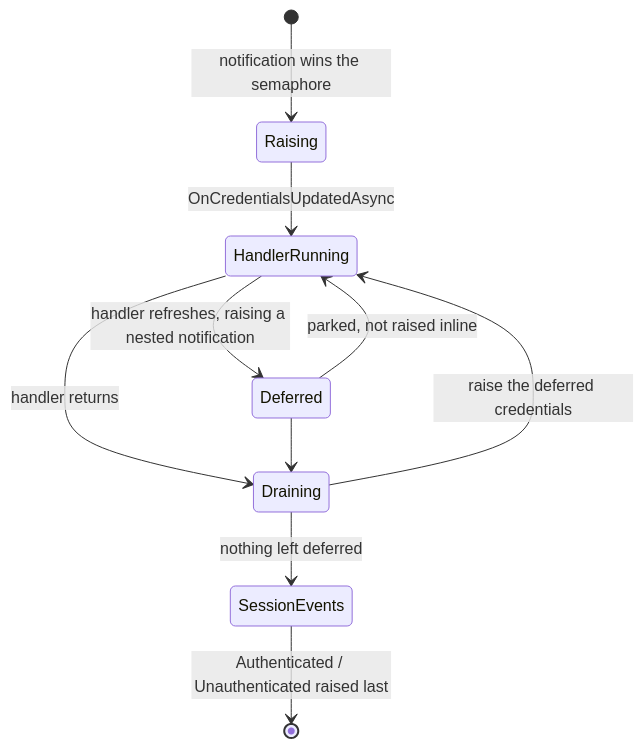
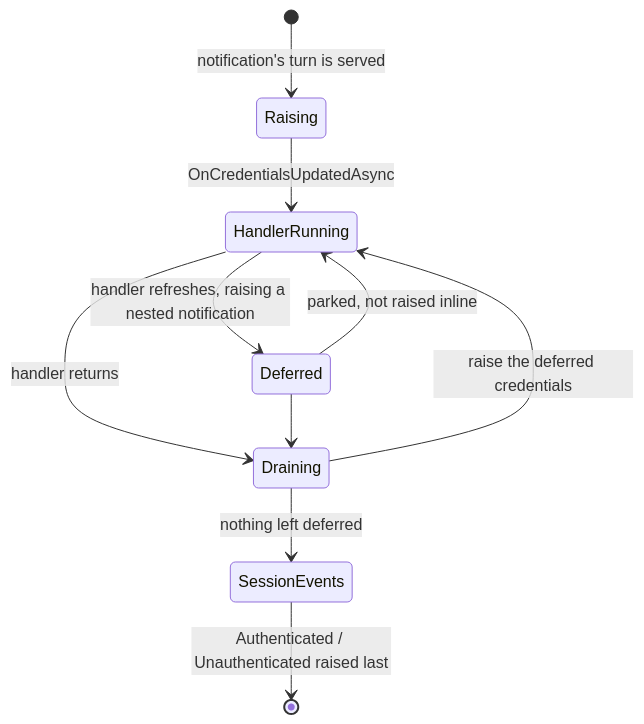
One commit to blowdart/idunno.Bluesky changed the third of 3 diagrams in devnotes/credential-lifecycle-and-locking.md. Above: the diagram before and after it, drawn with Mermaid. The commit also changed other lines of this file and 3 other files, not shown here.

````diff
--- a/devnotes/credential-lifecycle-and-locking.md
+++ b/devnotes/credential-lifecycle-and-locking.md
@@ -164,12 +179,12 @@
 ```mermaid
 stateDiagram-v2
-    [*] --> Raising: notification wins the semaphore
+    [*] --> Raising: notification's turn is served
     Raising --> HandlerRunning: OnCredentialsUpdatedAsync
     HandlerRunning --> Deferred: handler refreshes, raising a nested notification
     Deferred --> HandlerRunning: parked, not raised inline
     HandlerRunning --> Draining: handler returns
     Deferred --> Draining
     Draining --> HandlerRunning: raise the deferred credentials
     Draining --> SessionEvents: nothing left deferred
     SessionEvents --> [*]: Authenticated / Unauthenticated raised last
 ```
````
